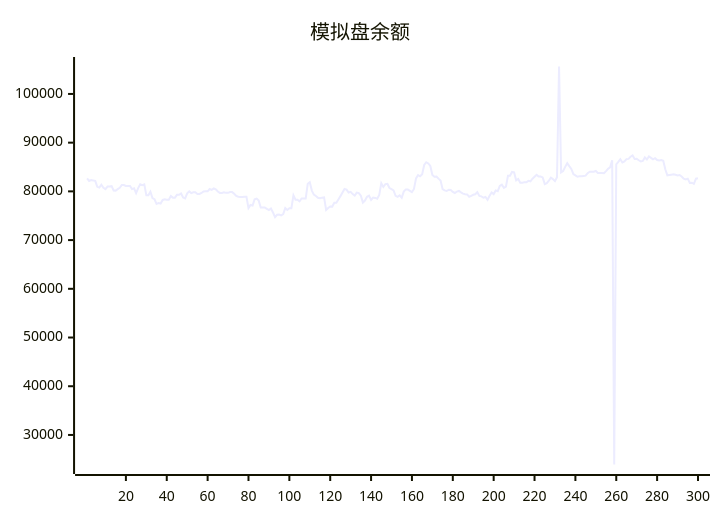
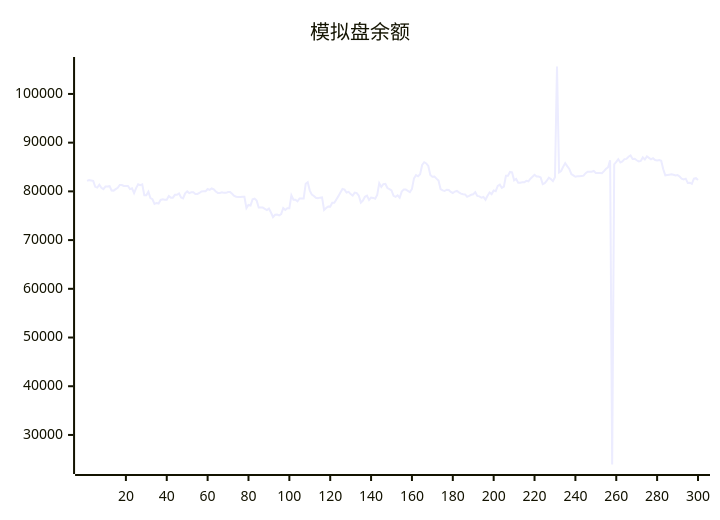
The diagram in README.md (aahl/ai-trading), drawn with Mermaid before and after one commit. The commit also changed other lines of this file and 1 other file, not shown here.

````diff
--- a/README.md
+++ b/README.md
@@ -5,5 +5,5 @@
 ```mermaid
 xychart
     title "模拟盘余额"
-    line [82655,82145,82315,82243,82163,80934,80770,81371,80742,80468,80989,80989,81067,80191,80155,80450,80737,81309,81309,81106,81119,81119,80471,80631,79624,80670,81448,81290,81429,79212,79222,79940,78643,78380,77432,77623,77504,78235,78358,78284,78277,79048,78714,78714,79290,79308,79567,78763,78563,79603,79988,79652,79813,79813,79476,79469,79673,79995,80015,80015,80486,80314,80600,80436,79966,79689,79689,79819,79692,79692,79850,79850,79518,79071,78889,78850,78850,78878,78878,76554,77202,77103,78357,78510,78106,76678,76677,76672,76411,76159,76485,75656,74695,75197,75246,75052,75334,76564,76179,76553,76551,79196,78300,78300,77944,78531,78531,78521,81564,81884,80160,79335,79055,78675,78580,78708,78764,76179,76586,76902,76876,77658,77669,78346,79023,79769,80497,80366,79761,79896,79448,79126,79749,79658,79097,77695,78114,78888,79126,78249,78738,78653,78478,79271,81680,80923,81488,81527,80681,80455,80190,79084,78879,79193,78686,79954,80403,80374,80118,79848,80491,82665,83351,83098,83525,85430,85983,85737,85221,83378,83014,83043,82613,82216,80477,80208,80081,80348,80277,79894,79670,79965,80093,79786,79542,79406,79371,78893,79087,79304,79406,79841,79072,78978,78696,78846,78272,79085,79787,79442,80198,80031,81120,81379,80718,80985,83214,83212,83993,83921,82270,82547,81776,81776,81866,81866,82158,82061,82596,83000,83408,83041,83050,82858,81503,81691,82188,82812,82517,82092,82901,105633,83898,84180,85030,85781,85178,84604,83569,83298,83008,83093,83107,83175,83228,83729,84025,84017,84019,84177,83775,83762,83785,83738,84160,84639,84939,86370,23934,85548,86046,86599,85942,86161,86622,86664,87115,87369,86666,86685,86384,86152,86243,86969,86548,87164,86885,86566,86809,86427,86348,86417,86273,84538,83299,83369,83430,83490,83404,83270,83362,83056,82605,82459,82614,81734,81788,81551,82598,82702]
+    line [82145,82315,82243,82163,80934,80770,81371,80742,80468,80989,80989,81067,80191,80155,80450,80737,81309,81309,81106,81119,81119,80471,80631,79624,80670,81448,81290,81429,79212,79222,79940,78643,78380,77432,77623,77504,78235,78358,78284,78277,79048,78714,78714,79290,79308,79567,78763,78563,79603,79988,79652,79813,79813,79476,79469,79673,79995,80015,80015,80486,80314,80600,80436,79966,79689,79689,79819,79692,79692,79850,79850,79518,79071,78889,78850,78850,78878,78878,76554,77202,77103,78357,78510,78106,76678,76677,76672,76411,76159,76485,75656,74695,75197,75246,75052,75334,76564,76179,76553,76551,79196,78300,78300,77944,78531,78531,78521,81564,81884,80160,79335,79055,78675,78580,78708,78764,76179,76586,76902,76876,77658,77669,78346,79023,79769,80497,80366,79761,79896,79448,79126,79749,79658,79097,77695,78114,78888,79126,78249,78738,78653,78478,79271,81680,80923,81488,81527,80681,80455,80190,79084,78879,79193,78686,79954,80403,80374,80118,79848,80491,82665,83351,83098,83525,85430,85983,85737,85221,83378,83014,83043,82613,82216,80477,80208,80081,80348,80277,79894,79670,79965,80093,79786,79542,79406,79371,78893,79087,79304,79406,79841,79072,78978,78696,78846,78272,79085,79787,79442,80198,80031,81120,81379,80718,80985,83214,83212,83993,83921,82270,82547,81776,81776,81866,81866,82158,82061,82596,83000,83408,83041,83050,82858,81503,81691,82188,82812,82517,82092,82901,105633,83898,84180,85030,85781,85178,84604,83569,83298,83008,83093,83107,83175,83228,83729,84025,84017,84019,84177,83775,83762,83785,83738,84160,84639,84939,86370,23934,85548,86046,86599,85942,86161,86622,86664,87115,87369,86666,86685,86384,86152,86243,86969,86548,87164,86885,86566,86809,86427,86348,86417,86273,84538,83299,83369,83430,83490,83404,83270,83362,83056,82605,82459,82614,81734,81788,81551,82598,82702,82320]
 ```
````
